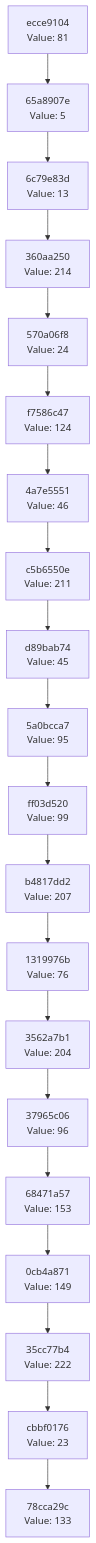
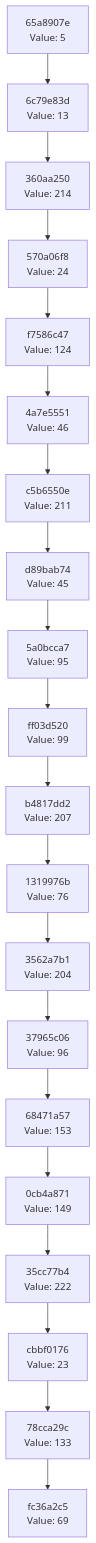
Before and after one commit to Abhisheksinha1506/hash-chain-evolver: the diagram in docs/CHAIN_VISUALIZATION.md, drawn with Mermaid. The commit also changed 2 other files, not shown here.

Commit message:
Evolution Step

````diff
--- a/docs/CHAIN_VISUALIZATION.md
+++ b/docs/CHAIN_VISUALIZATION.md
@@ -3,42 +3,42 @@
 ```mermaid
 graph TD
-    C0["78cca29c<br/>Value: 133"]
-    C1["cbbf0176<br/>Value: 23"]
+    C0["fc36a2c5<br/>Value: 69"]
+    C1["78cca29c<br/>Value: 133"]
     C1 --> C0
-    C2["35cc77b4<br/>Value: 222"]
+    C2["cbbf0176<br/>Value: 23"]
     C2 --> C1
-    C3["0cb4a871<br/>Value: 149"]
+    C3["35cc77b4<br/>Value: 222"]
     C3 --> C2
-    C4["68471a57<br/>Value: 153"]
+    C4["0cb4a871<br/>Value: 149"]
     C4 --> C3
-    C5["37965c06<br/>Value: 96"]
+    C5["68471a57<br/>Value: 153"]
     C5 --> C4
-    C6["3562a7b1<br/>Value: 204"]
+    C6["37965c06<br/>Value: 96"]
     C6 --> C5
-    C7["1319976b<br/>Value: 76"]
+    C7["3562a7b1<br/>Value: 204"]
     C7 --> C6
-    C8["b4817dd2<br/>Value: 207"]
+    C8["1319976b<br/>Value: 76"]
     C8 --> C7
-    C9["ff03d520<br/>Value: 99"]
+    C9["b4817dd2<br/>Value: 207"]
     C9 --> C8
-    C10["5a0bcca7<br/>Value: 95"]
+    C10["ff03d520<br/>Value: 99"]
     C10 --> C9
-    C11["d89bab74<br/>Value: 45"]
+    C11["5a0bcca7<br/>Value: 95"]
     C11 --> C10
-    C12["c5b6550e<br/>Value: 211"]
+    C12["d89bab74<br/>Value: 45"]
     C12 --> C11
-    C13["4a7e5551<br/>Value: 46"]
+    C13["c5b6550e<br/>Value: 211"]
     C13 --> C12
-    C14["f7586c47<br/>Value: 124"]
+    C14["4a7e5551<br/>Value: 46"]
     C14 --> C13
-    C15["570a06f8<br/>Value: 24"]
+    C15["f7586c47<br/>Value: 124"]
     C15 --> C14
-    C16["360aa250<br/>Value: 214"]
+    C16["570a06f8<br/>Value: 24"]
     C16 --> C15
-    C17["6c79e83d<br/>Value: 13"]
+    C17["360aa250<br/>Value: 214"]
     C17 --> C16
-    C18["65a8907e<br/>Value: 5"]
+    C18["6c79e83d<br/>Value: 13"]
     C18 --> C17
-    C19["ecce9104<br/>Value: 81"]
+    C19["65a8907e<br/>Value: 5"]
     C19 --> C18
 ```
````
